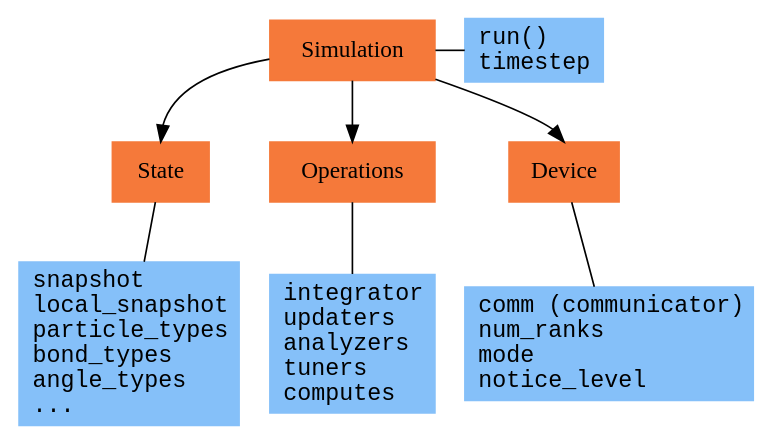
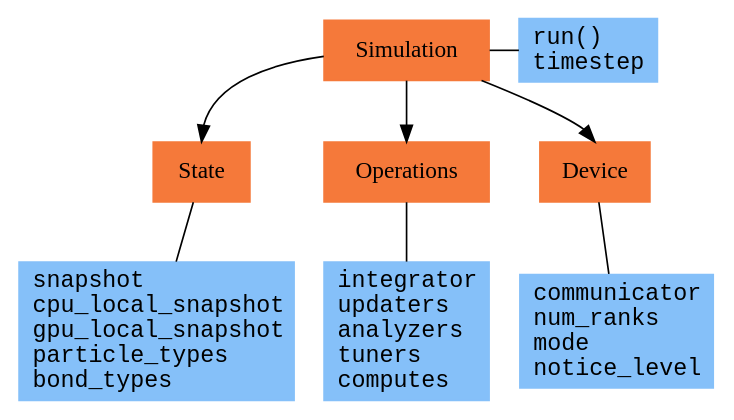
The diagram in papers/brandon_butler/figures/object-diagram.dot (scipy-conference/scipy_proceedings), drawn with Graphviz before and after one commit. The commit also changed 3 other files, not shown here.

```diff
--- a/papers/brandon_butler/figures/object-diagram.dot
+++ b/papers/brandon_butler/figures/object-diagram.dot
@@ -1,45 +1,45 @@
 digraph {
 	node [	file=white,
 		fontcolor=black,
 		shape=box,
 		style=filled,
 		fontname="monospace",
 		color="#85c0f9"
 	];
 	
 	/* Base object */
 	Simulation [fontname="monospace bold", color="#f5793a"];
 	State [fontname="monospace bold", color="#f5793a"];
 	Operations [fontname="monospace bold", color="#f5793a"];
 	Device [fontname="monospace bold", color="#f5793a"];
 
 	Simulation -> State [headport=n];
 	Simulation -> Operations;
 	Simulation -> Device [headport=n];
 
 	/* Sub Simulation */
 	subsimulation [label="run()\ltimestep\l"];
 	{ rank=same; "Simulation"; "subsimulation"; }
 
 	Simulation -> subsimulation [arrowhead=none];
 
 	/* Sub State */
 	substate [
 		label=
-	"snapshot\llocal_snapshot\lparticle_types\lbond_types\langle_types\l...\l"
+	"snapshot\lcpu_local_snapshot\lgpu_local_snapshot\lparticle_types\lbond_types\l"
 	];
 	
 	State -> substate [arrowhead=none];
 
 	/* Sub Operations */
 	suboperations [
 		label="integrator\lupdaters\lanalyzers\ltuners\lcomputes\l"];
 
 	Operations -> suboperations [arrowhead=none];
 
 	/* Sub Device */
 	subdevice [
-		label="comm (communicator)\lnum_ranks\lmode\lnotice_level\l"];
+		label="communicator\lnum_ranks\lmode\lnotice_level\l"];
 
 	Device -> subdevice [arrowhead=none];
 }
```
